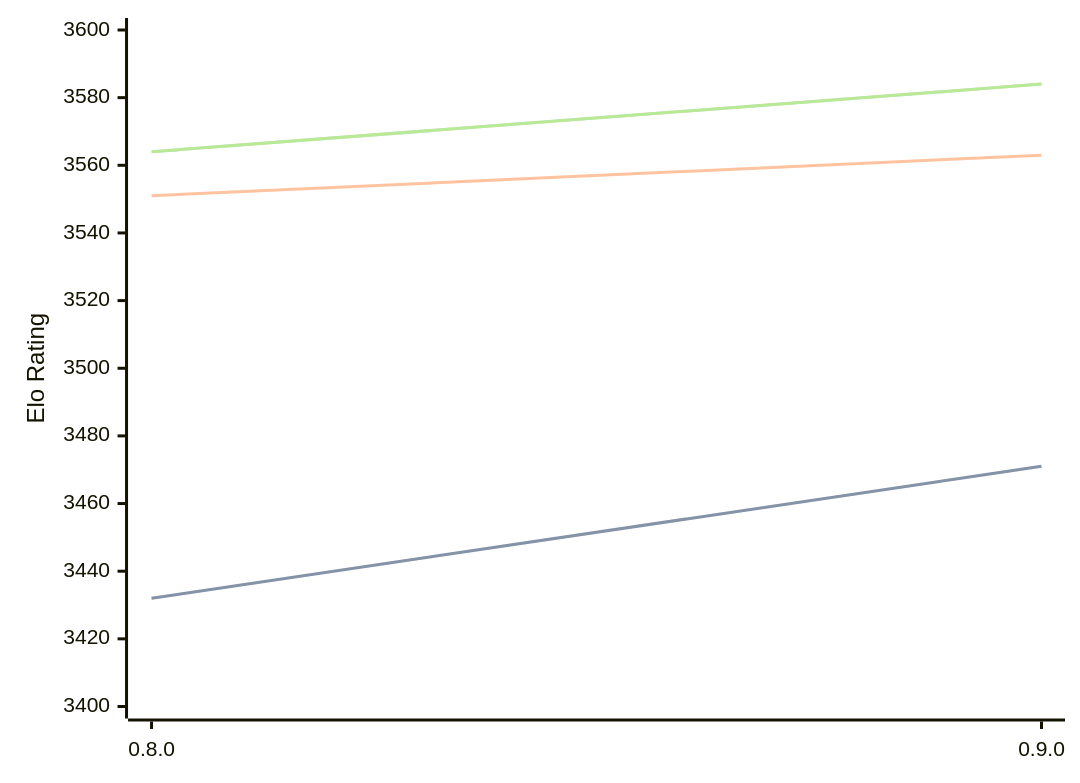
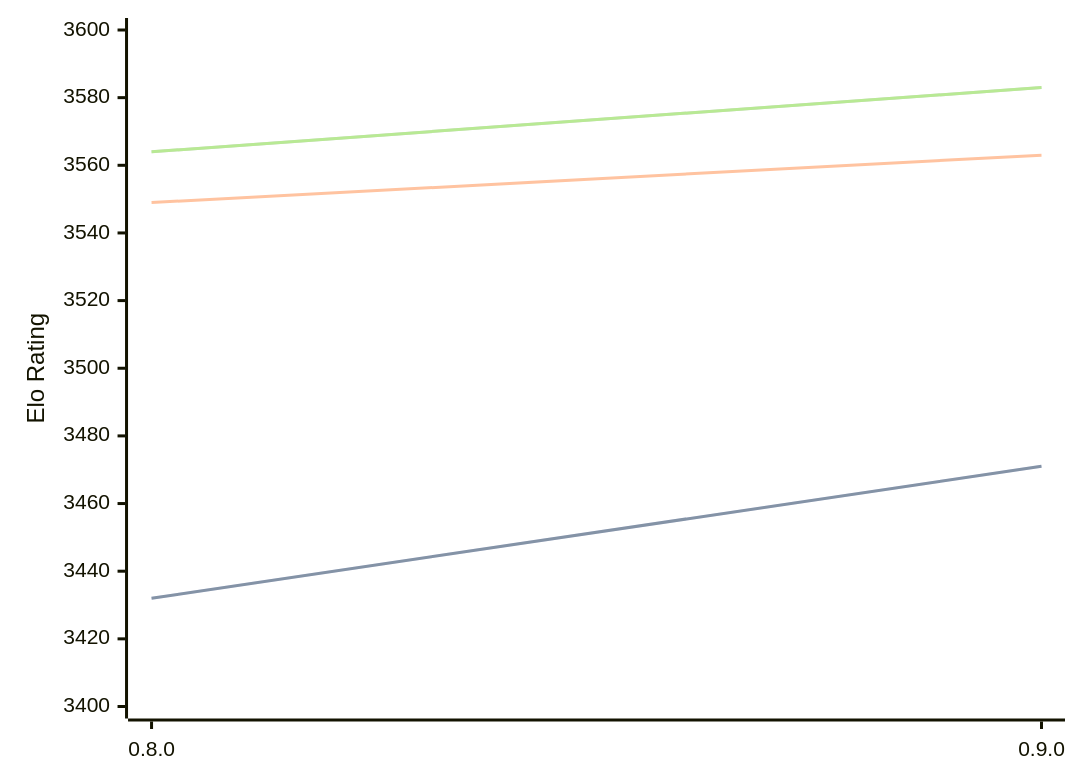
Before and after one commit to computer-chess-index/cci: the first of 3 diagrams in engines/Reckless.md, drawn with Mermaid. The commit also changed other lines of this file, not shown here.

Commit message:
Update CCI Ratings (ELO VLTC) - 2026-07-15

````diff
--- a/engines/Reckless.md
+++ b/engines/Reckless.md
@@ -39,11 +39,11 @@
 ```mermaid
 %%{init: {"theme":"base","themeVariables":{"seriesColors:['#a3a3a3','#222221','#faa371']}}}%%
 xychart-beta
   x-axis ["0.8.0", "0.9.0"]
   y-axis "Elo Rating" 3400 --> 3600
   line "STC (8.0+0.08s)" [3432, 3471]
   line "STC (8.0+0.08s)" [3432, 3471]
-  line "LTC (60.0+0.60s)" [3551, 3563]
-  line "VLTC (2m24s+1.12s)" [3564, 3584]
-  line "VLTC (2m24s+1.12s)" [3564, 3584]
+  line "LTC (60.0+0.60s)" [3549, 3563]
+  line "VLTC (2m24s+1.12s)" [3564, 3583]
+  line "VLTC (2m24s+1.12s)" [3564, 3583]
 ```
````
